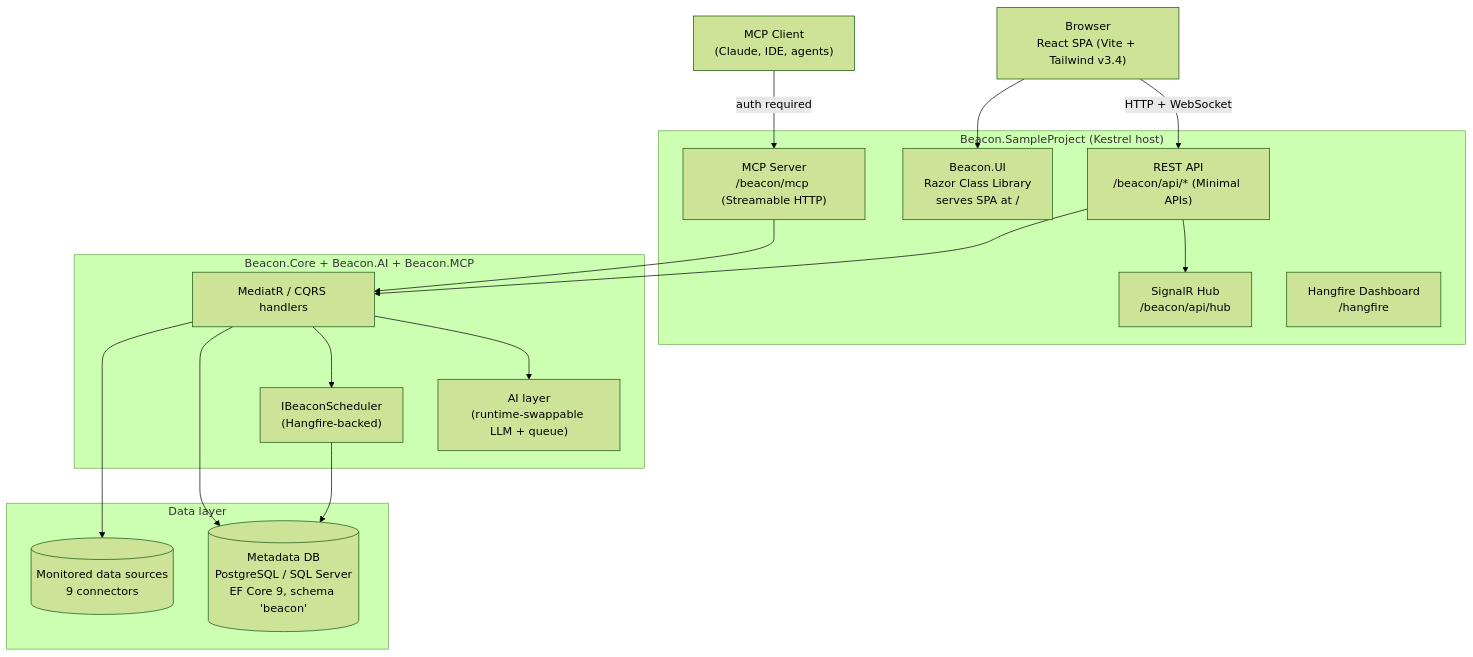
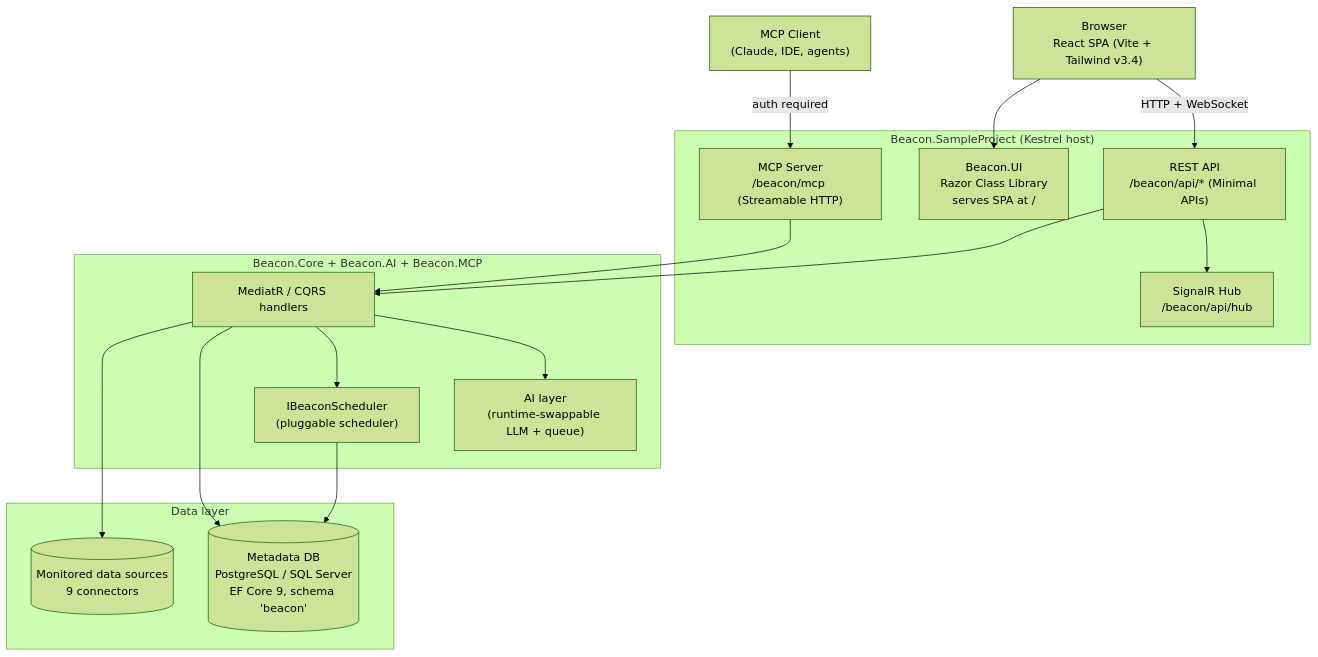
One commit to moberghr/beacon changed the diagram in docs/getting-started/index.md. Above: the diagram before and after it, drawn with Mermaid (forest theme). The commit also changed other lines of this file and 9 other files, not shown here.

First line of the commit message:
docs: remove hangfire from readme and docs, scheduling is pluggable via IBeaconScheduler

````diff
--- a/docs/getting-started/index.md
+++ b/docs/getting-started/index.md
@@ -39,36 +39,35 @@
 ```mermaid
 flowchart TB
     Browser["Browser<br/>React SPA (Vite + Tailwind v3.4)"]
     MCPClient["MCP Client<br/>(Claude, IDE, agents)"]
 
     subgraph Host["Beacon.SampleProject (Kestrel host)"]
         UI["Beacon.UI<br/>Razor Class Library<br/>serves SPA at /"]
         API["REST API<br/>/beacon/api/* (Minimal APIs)"]
         Hub["SignalR Hub<br/>/beacon/api/hub"]
         MCP["MCP Server<br/>/beacon/mcp (Streamable HTTP)"]
-        Hangfire["Hangfire Dashboard<br/>/hangfire"]
     end
 
     subgraph Core["Beacon.Core + Beacon.AI + Beacon.MCP"]
         Mediatr["MediatR / CQRS handlers"]
         AI["AI layer<br/>(runtime-swappable LLM + queue)"]
-        Scheduler["IBeaconScheduler<br/>(Hangfire-backed)"]
+        Scheduler["IBeaconScheduler<br/>(pluggable scheduler)"]
     end
 
     subgraph Data["Data layer"]
         Meta[("Metadata DB<br/>PostgreSQL / SQL Server<br/>EF Core 9, schema 'beacon'")]
         Sources[("Monitored data sources<br/>9 connectors")]
     end
 
     Browser -->|"HTTP + WebSocket"| API
     Browser --> UI
     API --> Hub
     MCPClient -->|"auth required"| MCP
     API --> Mediatr
     MCP --> Mediatr
     Mediatr --> AI
     Mediatr --> Scheduler
     Mediatr --> Meta
     Scheduler --> Meta
     Mediatr --> Sources
 ```
````
